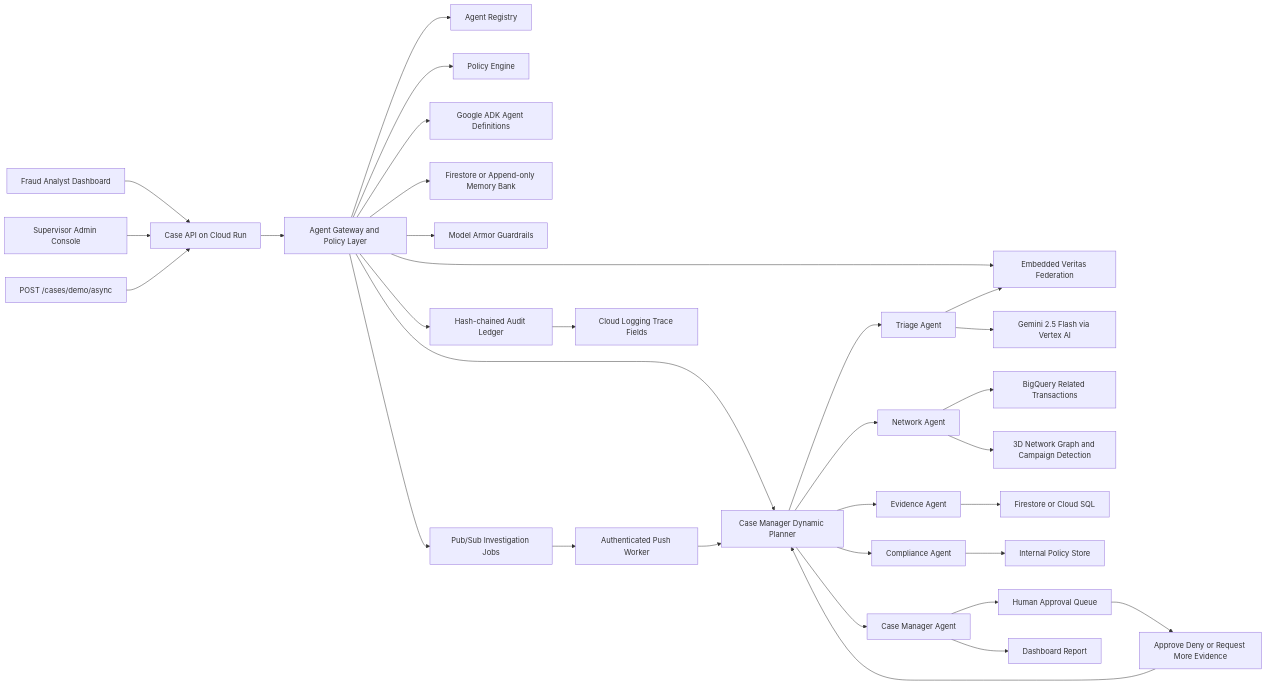
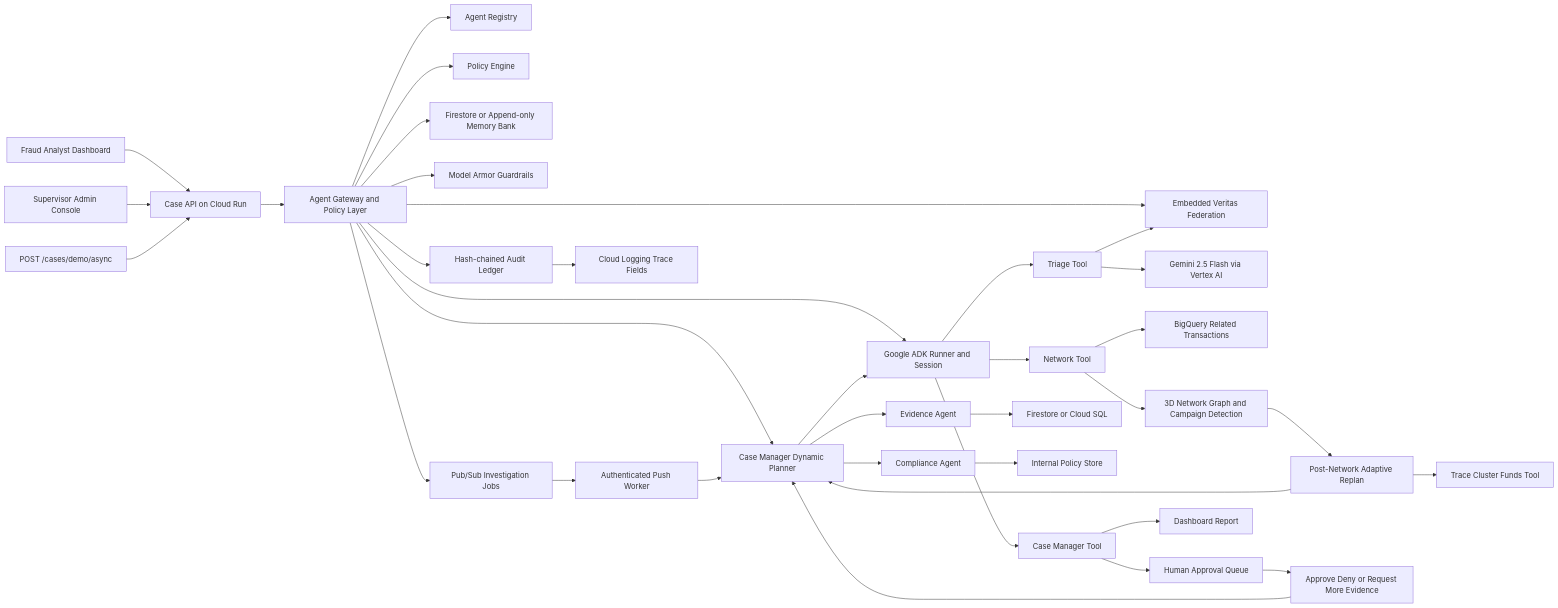
One commit to Kanghyeon5468/Tracelayer changed the diagram in docs/architecture.mmd. Above: the diagram before and after it, drawn with Mermaid. The commit also changed 13 other files, not shown here.

Commit message:
Run core agents through ADK and adaptive replanning

```diff
--- a/docs/architecture.mmd
+++ b/docs/architecture.mmd
@@ -1,32 +1,36 @@
 flowchart LR
     Analyst[Fraud Analyst Dashboard] --> API[Case API on Cloud Run]
     Admin[Supervisor Admin Console] --> API
     PubEntry[POST /cases/demo/async] --> API
     API --> Gateway[Agent Gateway and Policy Layer]
     Gateway --> Registry[Agent Registry]
     Gateway --> Policy[Policy Engine]
     Gateway --> Planner[Case Manager Dynamic Planner]
-    Gateway --> ADK[Google ADK Agent Definitions]
+    Gateway --> ADK[Google ADK Runner and Session]
     Gateway --> Memory[Firestore or Append-only Memory Bank]
     Gateway --> Armor[Model Armor Guardrails]
     Gateway --> Audit[Hash-chained Audit Ledger]
     Gateway --> Veritas[Embedded Veritas Federation]
     Gateway --> PubSub[Pub/Sub Investigation Jobs]
     PubSub --> Worker[Authenticated Push Worker]
     Worker --> Planner
-    Planner --> Triage[Triage Agent]
-    Planner --> Network[Network Agent]
+    Planner --> ADK
+    ADK --> Triage[Triage Tool]
+    ADK --> Network[Network Tool]
     Planner --> Evidence[Evidence Agent]
     Planner --> Compliance[Compliance Agent]
-    Planner --> CaseManager[Case Manager Agent]
+    ADK --> CaseManager[Case Manager Tool]
     Triage --> Gemini[Gemini 2.5 Flash via Vertex AI]
     Triage --> Veritas
     Network --> BigQuery[BigQuery Related Transactions]
     Network --> Graph[3D Network Graph and Campaign Detection]
+    Graph --> Adaptive[Post-Network Adaptive Replan]
+    Adaptive --> Planner
+    Adaptive --> TraceFunds[Trace Cluster Funds Tool]
     Evidence --> Firestore[Firestore or Cloud SQL]
     Compliance --> Policies[Internal Policy Store]
     CaseManager --> Approvals[Human Approval Queue]
     Approvals --> Feedback[Approve Deny or Request More Evidence]
     Feedback --> Planner
     CaseManager --> Reports[Dashboard Report]
     Audit --> Logging[Cloud Logging Trace Fields]
```
